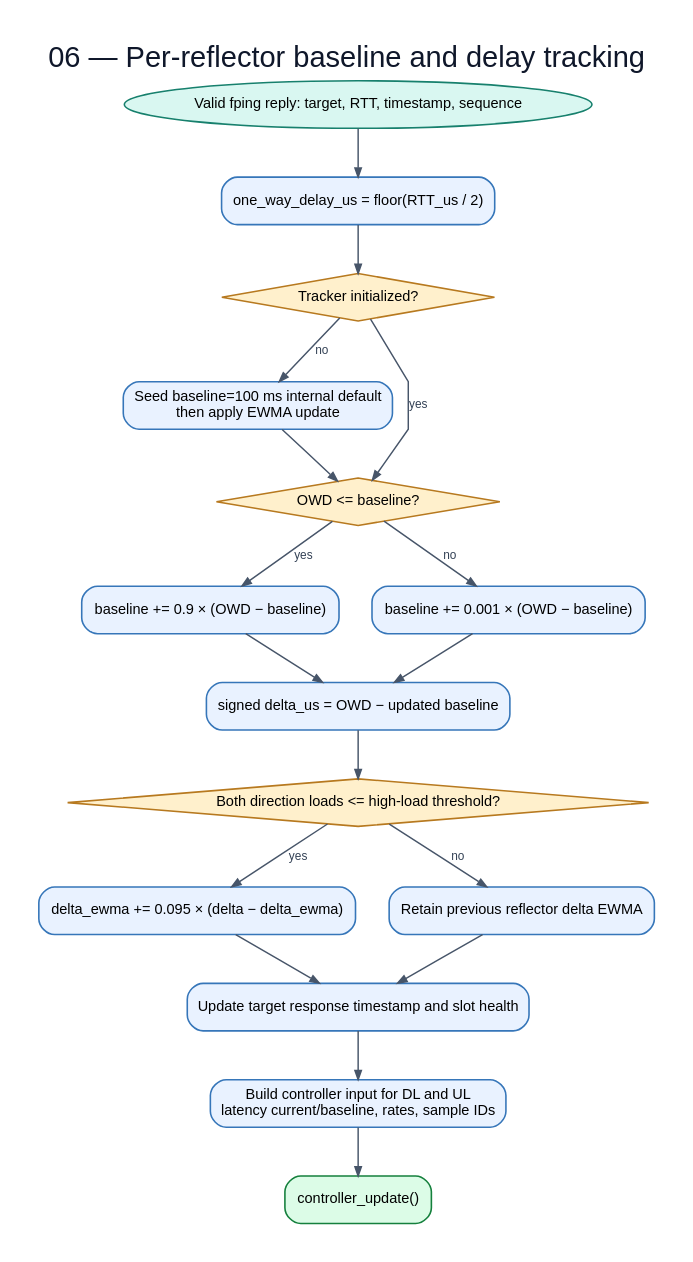
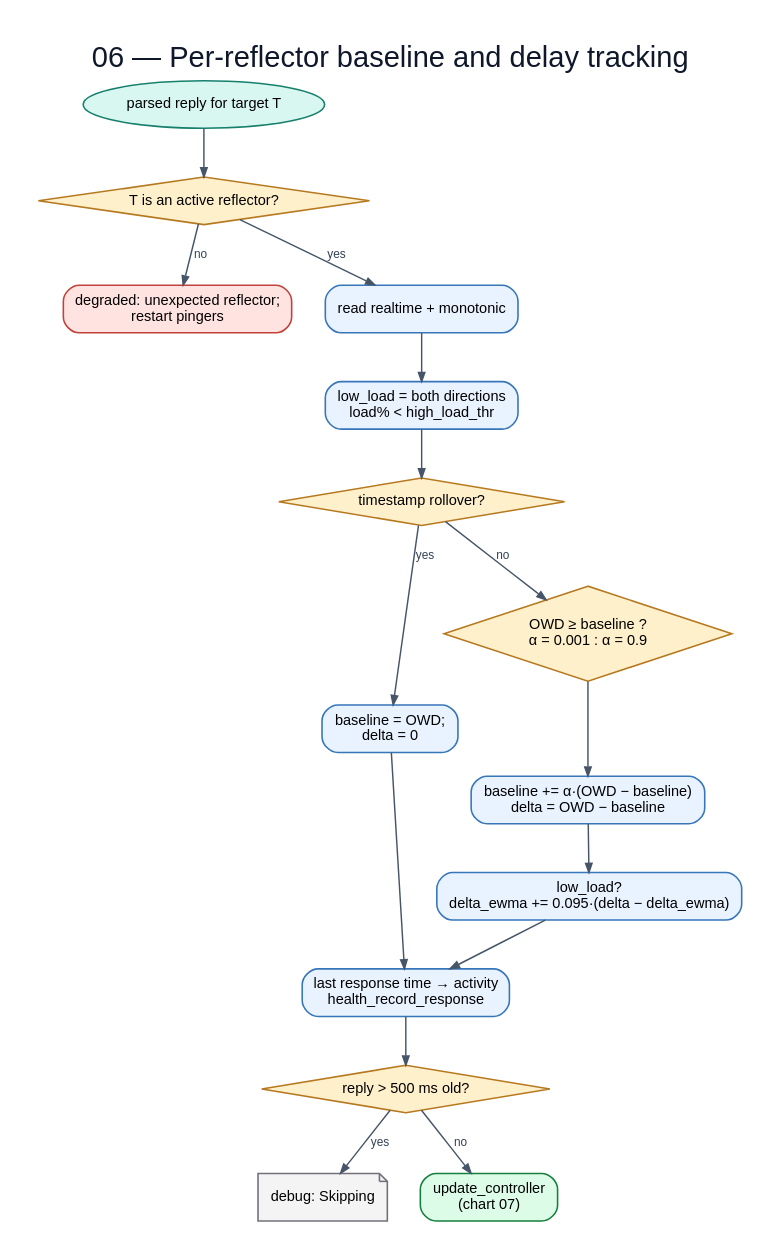
One commit to huydoan94/cake-adapt changed the diagram in flowchart/diagrams/06-latency-tracking.dot. Above: the diagram before and after it, drawn with Graphviz. The commit also changed 38 other files, not shown here.

First line of the commit message:
Redraw the flowcharts from the current sources

```diff
--- a/flowchart/diagrams/06-latency-tracking.dot
+++ b/flowchart/diagrams/06-latency-tracking.dot
@@ -1,35 +1,33 @@
 digraph G {
   graph [rankdir=TB,bgcolor="white",pad="0.30",nodesep="0.35",ranksep="0.48",splines=polyline,fontname="Arial",label="06 — Per-reflector baseline and delay tracking",labelloc=t,fontsize=22,fontcolor="#0f172a"];
   node [fontname="Arial",fontsize=11,margin="0.14,0.09",penwidth=1.2];
   edge [fontname="Arial",fontsize=9,color="#475569",fontcolor="#334155",arrowsize=0.7,penwidth=1.1];
-  reply [label="Valid fping reply: target, RTT, timestamp, sequence",shape=oval,style="filled",fillcolor="#d9f7f1",color="#17806d"];
-  owd [label="one_way_delay_us = floor(RTT_us / 2)",shape=box,style="rounded,filled",fillcolor="#e9f2ff",color="#3676b9"];
-  first [label="Tracker initialized?",shape=diamond,style="filled",fillcolor="#fff0cc",color="#b7791f"];
-  seed [label="Seed baseline=100 ms internal default\nthen apply EWMA update",shape=box,style="rounded,filled",fillcolor="#e9f2ff",color="#3676b9"];
-  direction [label="OWD <= baseline?",shape=diamond,style="filled",fillcolor="#fff0cc",color="#b7791f"];
-  fall [label="baseline += 0.9 × (OWD − baseline)",shape=box,style="rounded,filled",fillcolor="#e9f2ff",color="#3676b9"];
-  rise [label="baseline += 0.001 × (OWD − baseline)",shape=box,style="rounded,filled",fillcolor="#e9f2ff",color="#3676b9"];
-  delta [label="signed delta_us = OWD − updated baseline",shape=box,style="rounded,filled",fillcolor="#e9f2ff",color="#3676b9"];
-  loads [label="Both direction loads <= high-load threshold?",shape=diamond,style="filled",fillcolor="#fff0cc",color="#b7791f"];
-  ewma [label="delta_ewma += 0.095 × (delta − delta_ewma)",shape=box,style="rounded,filled",fillcolor="#e9f2ff",color="#3676b9"];
-  retain [label="Retain previous reflector delta EWMA",shape=box,style="rounded,filled",fillcolor="#e9f2ff",color="#3676b9"];
-  health [label="Update target response timestamp and slot health",shape=box,style="rounded,filled",fillcolor="#e9f2ff",color="#3676b9"];
-  input [label="Build controller input for DL and UL\nlatency current/baseline, rates, sample IDs",shape=box,style="rounded,filled",fillcolor="#e9f2ff",color="#3676b9"];
-  controller [label="controller_update()",shape=box,style="rounded,filled,bold",fillcolor="#dcfce7",color="#15803d"];
-  reply -> owd;
-  owd -> first;
-  first -> seed [label="no"];
-  first -> direction [label="yes"];
-  seed -> direction;
-  direction -> fall [label="yes"];
-  direction -> rise [label="no"];
-  fall -> delta;
-  rise -> delta;
-  delta -> loads;
-  loads -> ewma [label="yes"];
-  loads -> retain [label="no"];
+  sample [label="parsed reply for target T",shape=oval,style="filled",fillcolor="#d9f7f1",color="#17806d"];
+  active [label="T is an active reflector?",shape=diamond,style="filled",fillcolor="#fff0cc",color="#b7791f"];
+  unknown [label="degraded: unexpected reflector;\nrestart pingers",shape=box,style="rounded,filled",fillcolor="#ffe3e0",color="#c2413b"];
+  clock [label="read realtime + monotonic",shape=box,style="rounded,filled",fillcolor="#e9f2ff",color="#3676b9"];
+  load [label="low_load = both directions\nload% < high_load_thr",shape=box,style="rounded,filled",fillcolor="#e9f2ff",color="#3676b9"];
+  rollover [label="timestamp rollover?",shape=diamond,style="filled",fillcolor="#fff0cc",color="#b7791f"];
+  reset [label="baseline = OWD;\ndelta = 0",shape=box,style="rounded,filled",fillcolor="#e9f2ff",color="#3676b9"];
+  alpha [label="OWD ≥ baseline ?\nα = 0.001 : α = 0.9",shape=diamond,style="filled",fillcolor="#fff0cc",color="#b7791f"];
+  base [label="baseline += α·(OWD − baseline)\ndelta = OWD − baseline",shape=box,style="rounded,filled",fillcolor="#e9f2ff",color="#3676b9"];
+  ewma [label="low_load?\ndelta_ewma += 0.095·(delta − delta_ewma)",shape=box,style="rounded,filled",fillcolor="#e9f2ff",color="#3676b9"];
+  health [label="last response time → activity\nhealth_record_response",shape=box,style="rounded,filled",fillcolor="#e9f2ff",color="#3676b9"];
+  stale [label="reply > 500 ms old?",shape=diamond,style="filled",fillcolor="#fff0cc",color="#b7791f"];
+  skip [label="debug: Skipping",shape=note,style="filled",fillcolor="#f4f4f5",color="#71717a"];
+  controller [label="update_controller\n(chart 07)",shape=box,style="rounded,filled,bold",fillcolor="#dcfce7",color="#15803d"];
+  sample -> active;
+  active -> unknown [label="no"];
+  active -> clock [label="yes"];
+  clock -> load;
+  load -> rollover;
+  rollover -> reset [label="yes"];
+  rollover -> alpha [label="no"];
+  alpha -> base;
+  base -> ewma;
+  reset -> health;
   ewma -> health;
-  retain -> health;
-  health -> input;
-  input -> controller;
+  health -> stale;
+  stale -> skip [label="yes"];
+  stale -> controller [label="no"];
 }
```
